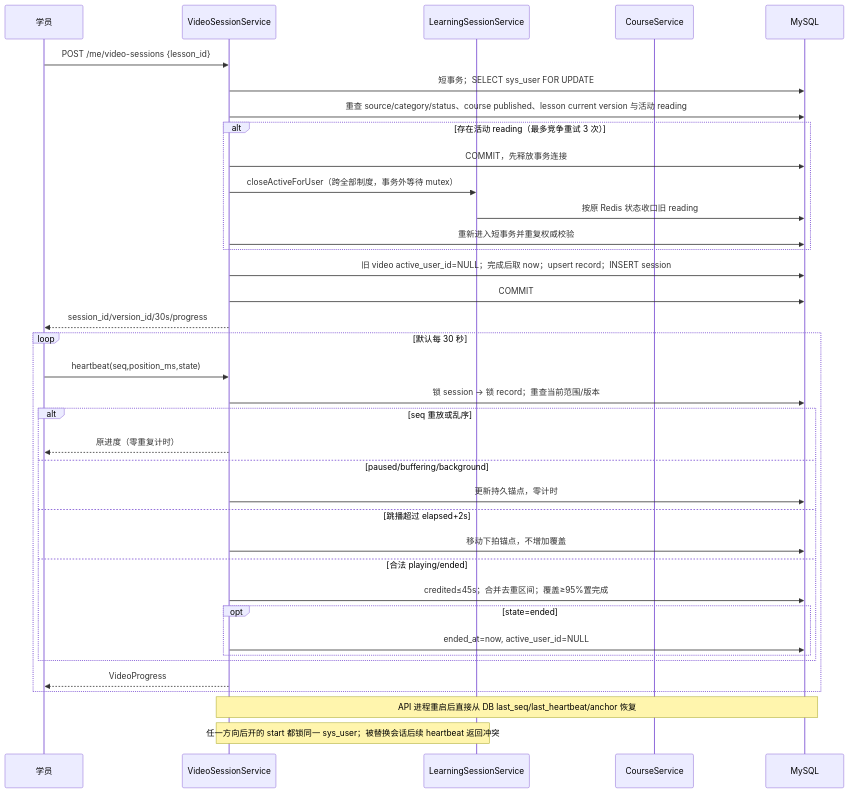
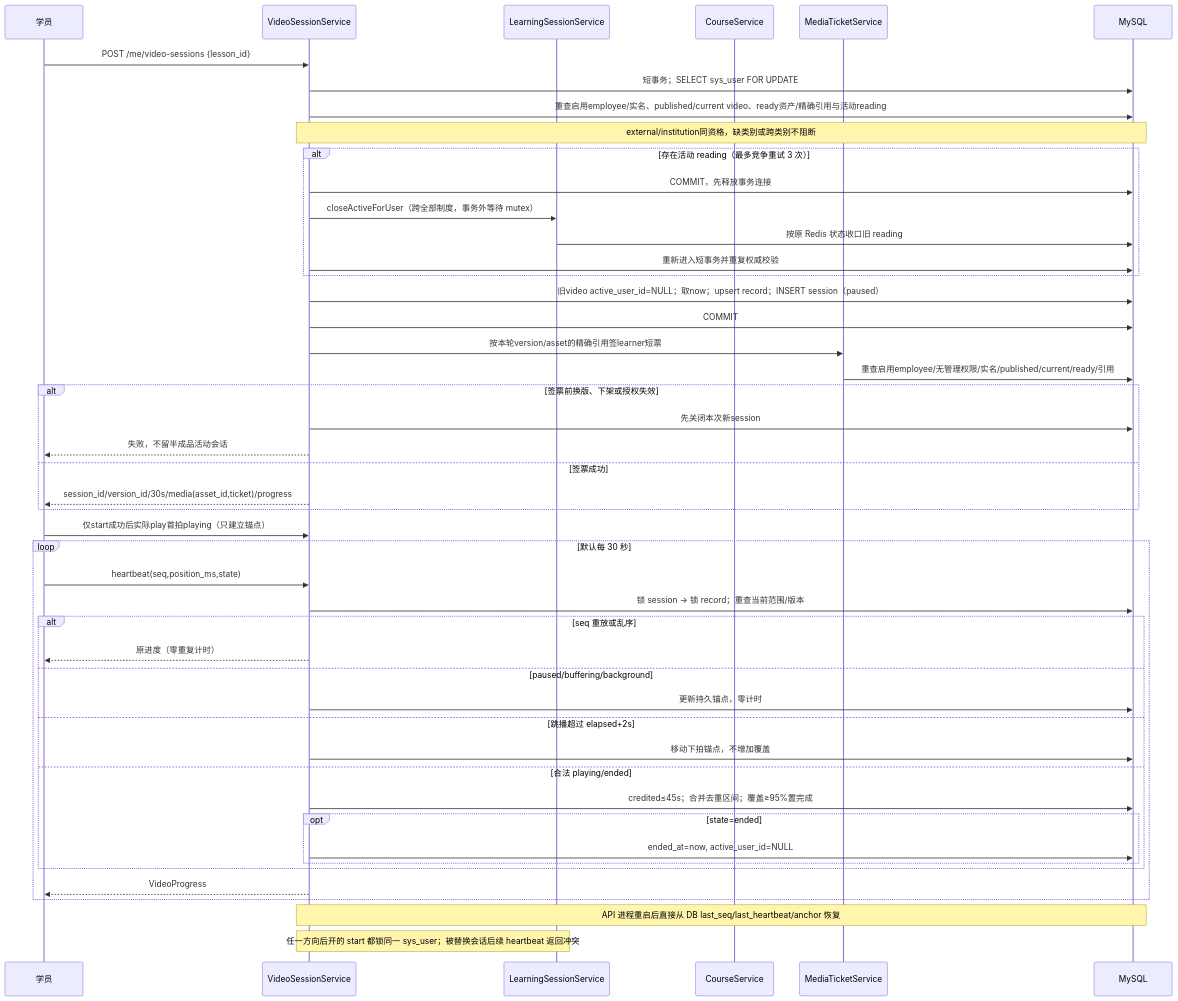
Before and after one commit to caoguanjie/emodor-exam: the fourth of 23 diagrams in docs/design/06-关键流程.md, drawn with Mermaid. The commit also changed other lines of this file and 302 other files, not shown here.

````diff
--- a/docs/design/06-关键流程.md
+++ b/docs/design/06-关键流程.md
@@ -215,42 +217,52 @@
 ```mermaid
 sequenceDiagram
     participant Learner as 学员
     participant Video as VideoSessionService
     participant Reading as LearningSessionService
     participant Course as CourseService
+    participant Ticket as MediaTicketService
     participant DB as MySQL
 
     Learner->>Video: POST /me/video-sessions {lesson_id}
     Video->>DB: 短事务；SELECT sys_user FOR UPDATE
-    Video->>DB: 重查 source/category/status、course published、lesson current version 与活动 reading
+    Video->>DB: 重查启用employee/实名、published/current video、ready资产/精确引用与活动reading
+    Note over Video,DB: external/institution同资格，缺类别或跨类别不阻断
     alt 存在活动 reading（最多竞争重试 3 次）
         Video->>DB: COMMIT，先释放事务连接
         Video->>Reading: closeActiveForUser（跨全部制度，事务外等待 mutex）
         Reading->>DB: 按原 Redis 状态收口旧 reading
         Video->>DB: 重新进入短事务并重复权威校验
     end
-    Video->>DB: 旧 video active_user_id=NULL；完成后取 now；upsert record；INSERT session
+    Video->>DB: 旧video active_user_id=NULL；取now；upsert record；INSERT session（paused）
     Video->>DB: COMMIT
-    Video-->>Learner: session_id/version_id/30s/progress
+    Video->>Ticket: 按本轮version/asset的精确引用签learner短票
+    Ticket->>DB: 重查启用employee/无管理权限/实名/published/current/ready/引用
+    alt 签票前换版、下架或授权失效
+        Video->>DB: 先关闭本次新session
+        Video-->>Learner: 失败，不留半成品活动会话
+    else 签票成功
+        Video-->>Learner: session_id/version_id/30s/media(asset_id,ticket)/progress
+    end
+    Learner->>Video: 仅start成功后实际play首拍playing（只建立锚点）
 
     loop 默认每 30 秒
         Learner->>Video: heartbeat(seq,position_ms,state)
         Video->>DB: 锁 session → 锁 record；重查当前范围/版本
         alt seq 重放或乱序
             Video-->>Learner: 原进度（零重复计时）
         else paused/buffering/background
             Video->>DB: 更新持久锚点，零计时
         else 跳播超过 elapsed+2s
             Video->>DB: 移动下拍锚点，不增加覆盖
         else 合法 playing/ended
             Video->>DB: credited≤45s；合并去重区间；覆盖≥95%置完成
             opt state=ended
                 Video->>DB: ended_at=now, active_user_id=NULL
             end
         end
         Video-->>Learner: VideoProgress
     end
 
     Note over Video,DB: API 进程重启后直接从 DB last_seq/last_heartbeat/anchor 恢复
     Note over Reading,Video: 任一方向后开的 start 都锁同一 sys_user；被替换会话后续 heartbeat 返回冲突
 ```
````
